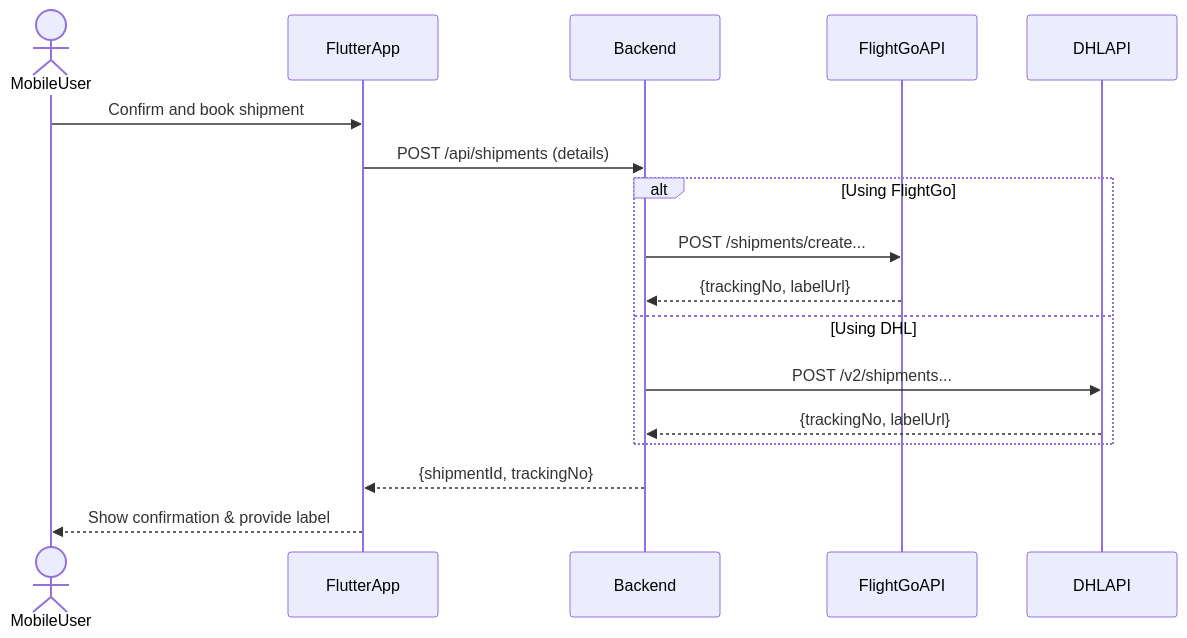
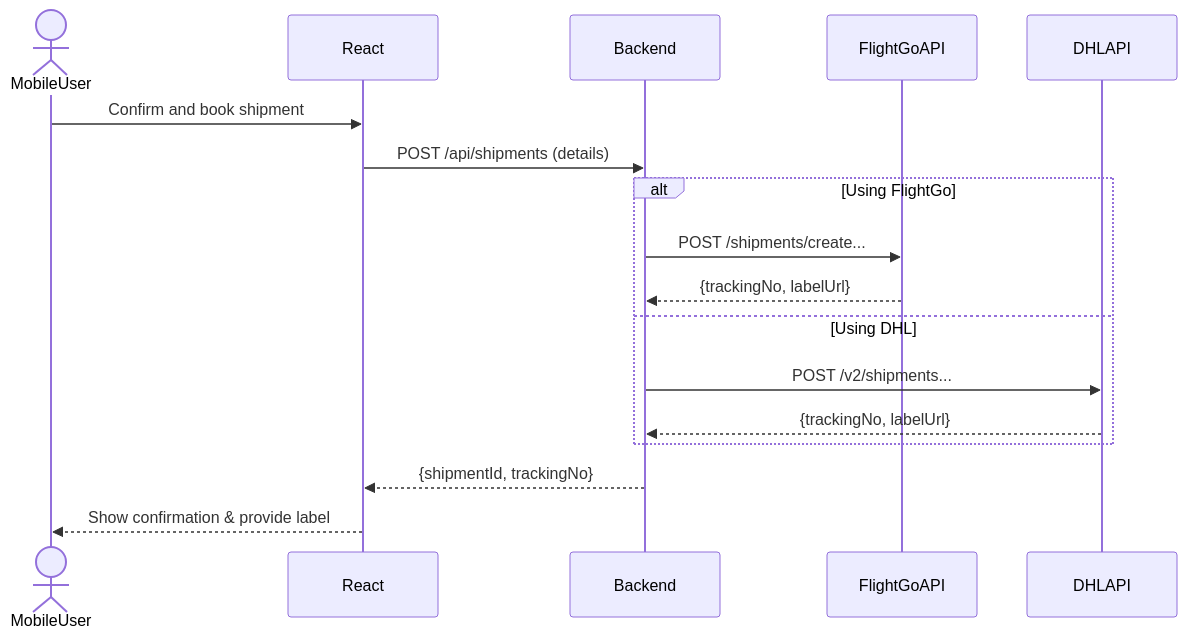
The third of 3 diagrams in deep-research-report.md (KapilDevPal/Shipping-Booking-Counter), drawn with Mermaid before and after one commit. The commit also changed other lines of this file and 17 other files, not shown here.

````diff
--- a/deep-research-report.md
+++ b/deep-research-report.md
@@ -216,19 +216,19 @@
 ```mermaid
 sequenceDiagram
     actor MobileUser
-    participant FlutterApp
+    participant React
     participant Backend
     participant FlightGoAPI
     participant DHLAPI
-    MobileUser->>FlutterApp: Confirm and book shipment
-    FlutterApp->>Backend: POST /api/shipments (details)
+    MobileUser->>React: Confirm and book shipment
+    React->>Backend: POST /api/shipments (details)
     alt Using FlightGo
         Backend->>FlightGoAPI: POST /shipments/create...
         FlightGoAPI-->>Backend: {trackingNo, labelUrl}
     else Using DHL
         Backend->>DHLAPI: POST /v2/shipments...
         DHLAPI-->>Backend: {trackingNo, labelUrl}
     end
-    Backend-->>FlutterApp: {shipmentId, trackingNo}
-    FlutterApp-->>MobileUser: Show confirmation & provide label
+    Backend-->>React: {shipmentId, trackingNo}
+    React-->>MobileUser: Show confirmation & provide label
 ```
````
